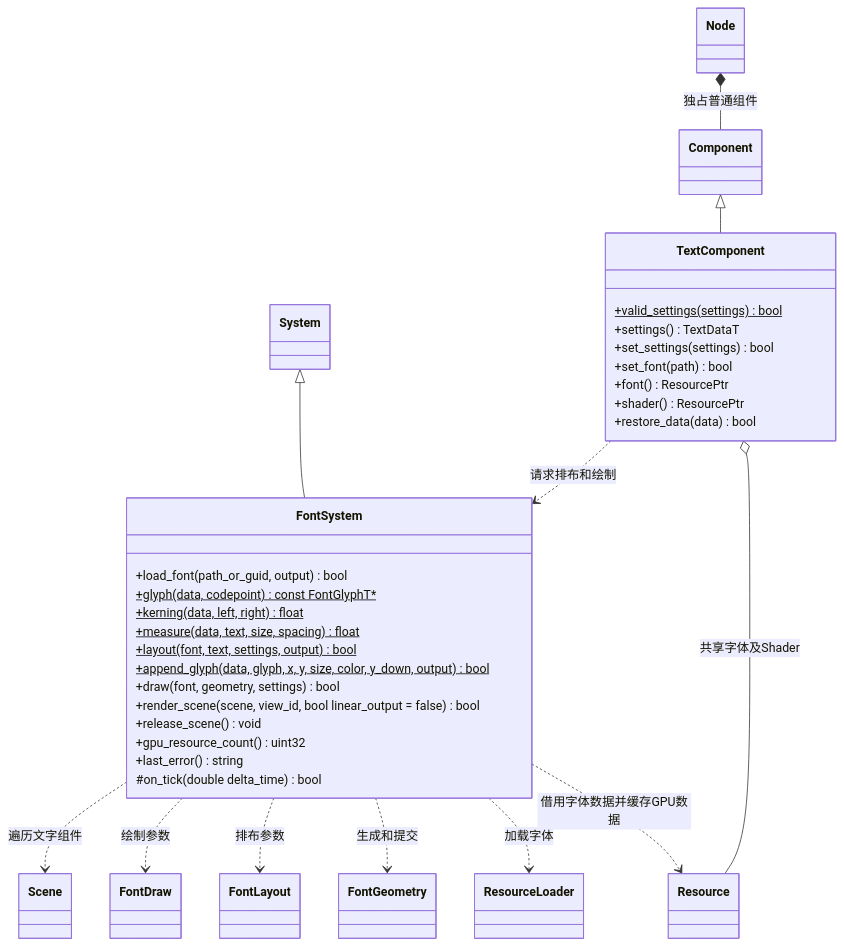
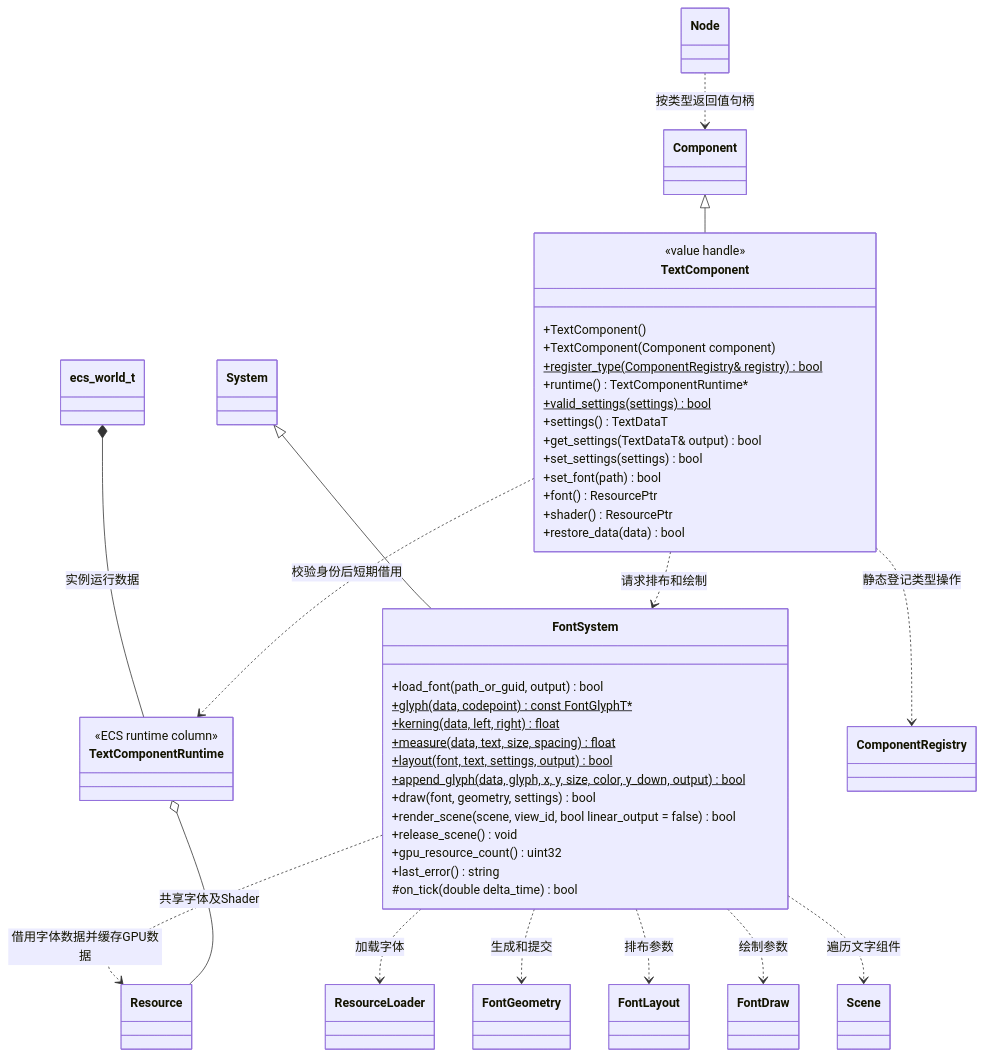
One commit to lcals/Engine changed the first of 2 diagrams in docs/runtime/class-diagrams/font-system.md. Above: the diagram before and after it, drawn with Mermaid. The commit also changed other lines of this file and 291 other files, not shown here.

Commit message:
Migrate scene data to ECS and add rendering quality controls

````diff
--- a/docs/runtime/class-diagrams/font-system.md
+++ b/docs/runtime/class-diagrams/font-system.md
@@ -7,37 +7,52 @@
 ```mermaid
 classDiagram
     System <|-- FontSystem
     Component <|-- TextComponent
     FontSystem ..> Resource : 借用字体数据并缓存GPU数据
     FontSystem ..> ResourceLoader : 加载字体
     FontSystem ..> FontGeometry : 生成和提交
     FontSystem ..> FontLayout : 排布参数
     FontSystem ..> FontDraw : 绘制参数
     FontSystem ..> Scene : 遍历文字组件
-    TextComponent o-- Resource : 共享字体及Shader
+    TextComponentRuntime o-- Resource : 共享字体及Shader
     TextComponent ..> FontSystem : 请求排布和绘制
-    Node *-- Component : 独占普通组件
+    Node ..> Component : 按类型返回值句柄
     class FontSystem {
         +load_font(path_or_guid, output) bool
         +glyph(data, codepoint) const FontGlyphT#42;$
         +kerning(data, left, right) float$
         +measure(data, text, size, spacing) float$
         +layout(font, text, settings, output) bool$
         +append_glyph(data, glyph, x, y, size, color, y_down, output) bool$
         +draw(font, geometry, settings) bool
         +render_scene(scene, view_id, bool linear_output = false) bool
         +release_scene() void
         +gpu_resource_count() uint32
         +last_error() string
         #on_tick(double delta_time) bool
     }
     class TextComponent {
+        <<value handle>>
+        +TextComponent()
+        +TextComponent(Component component)
+        +register_type(ComponentRegistry& registry) bool$
+        +runtime() TextComponentRuntime#42;
         +valid_settings(settings) bool$
         +settings() TextDataT
+        +get_settings(TextDataT& output) bool
         +set_settings(settings) bool
         +set_font(path) bool
         +font() ResourcePtr
         +shader() ResourcePtr
         +restore_data(data) bool
     }
+    class ComponentRegistry
+    class ecs_world_t
+    class TextComponentRuntime {
+        <<ECS runtime column>>
+    }
+    ecs_world_t *-- TextComponentRuntime : 实例运行数据
+    TextComponent ..> TextComponentRuntime : 校验身份后短期借用
+    TextComponent ..> ComponentRegistry : 静态登记类型操作
+
 ```
````
